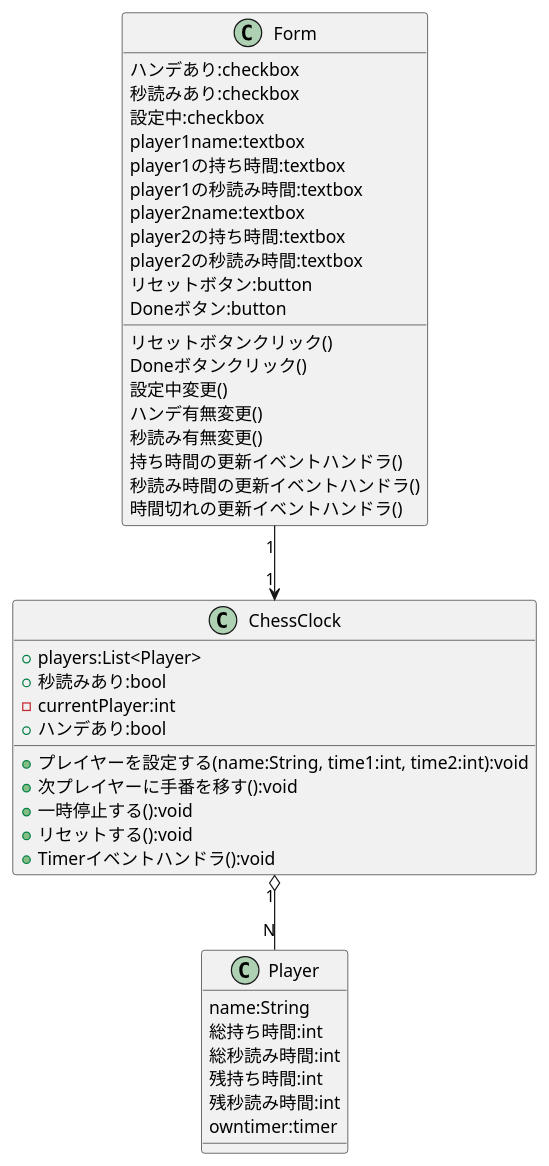
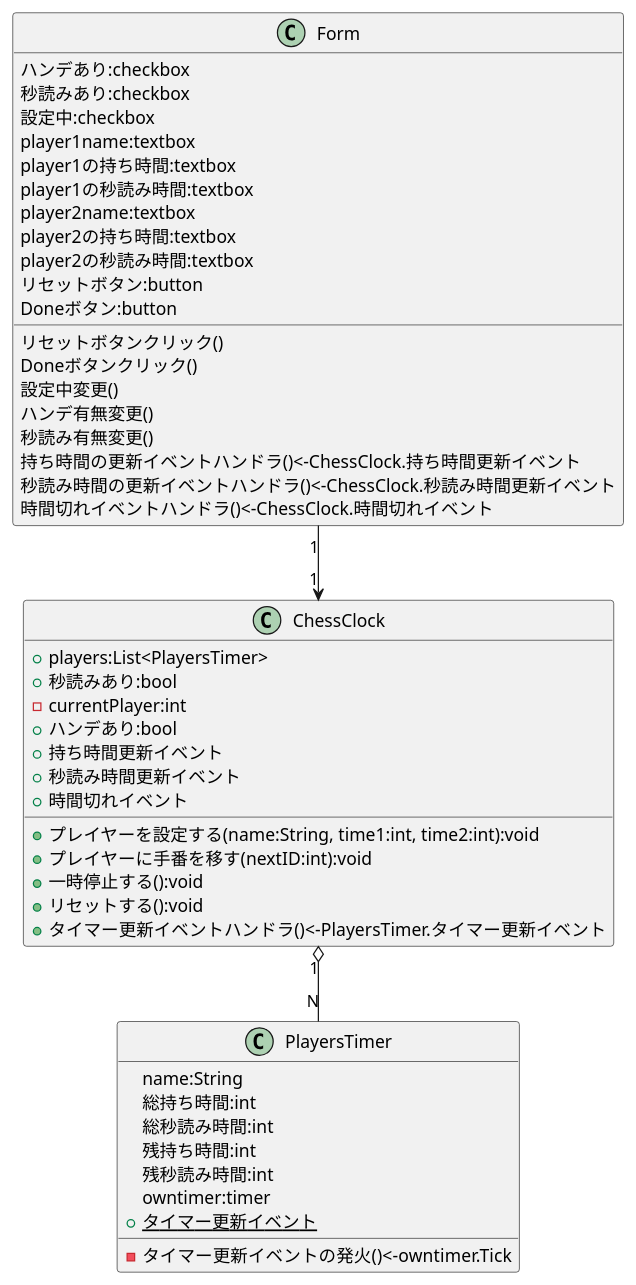
Before and after one commit to hiratashinnya/ChessClock: the diagram in docs/07_Class.md, drawn with PlantUML.

Commit message:
クラス図の修正
・クラス名変更
　Player→PlayersTimer

・イベント/イベントハンドラの変更/追加

・メソッド修正
　手番変更メソッドの引数に次プレイヤーIDを追加

````diff
--- a/docs/07_Class.md
+++ b/docs/07_Class.md
@@ -10,51 +10,57 @@
 ```plantuml
 @startuml
 skinparam groupInheritance 3
 
 class Form{
   ハンデあり:checkbox
   秒読みあり:checkbox
   設定中:checkbox
   player1name:textbox
   player1の持ち時間:textbox
   player1の秒読み時間:textbox
   player2name:textbox
   player2の持ち時間:textbox
   player2の秒読み時間:textbox
   リセットボタン:button
   Doneボタン:button
   リセットボタンクリック()
   Doneボタンクリック()
   設定中変更()
   ハンデ有無変更()
   秒読み有無変更()
-  持ち時間の更新イベントハンドラ()
-  秒読み時間の更新イベントハンドラ()
-  時間切れの更新イベントハンドラ()
+  持ち時間の更新イベントハンドラ()<-ChessClock.持ち時間更新イベント
+  秒読み時間の更新イベントハンドラ()<-ChessClock.秒読み時間更新イベント
+  時間切れイベントハンドラ()<-ChessClock.時間切れイベント
 }
 
 class ChessClock{
-  +players:List<Player>
+  +players:List<PlayersTimer>
   +秒読みあり:bool
   -currentPlayer:int
   +ハンデあり:bool
+  +持ち時間更新イベント
+  +秒読み時間更新イベント
+  +時間切れイベント
+  
   +プレイヤーを設定する(name:String, time1:int, time2:int):void
-  +次プレイヤーに手番を移す():void
+  +プレイヤーに手番を移す(nextID:int):void
   +一時停止する():void
   +リセットする():void
-  +Timerイベントハンドラ():void
+  +タイマー更新イベントハンドラ()<-PlayersTimer.タイマー更新イベント
 }
 
-class Player{
+class PlayersTimer{
   name:String
   総持ち時間:int
   総秒読み時間:int
   残持ち時間:int
   残秒読み時間:int
   owntimer:timer
+  +{static}タイマー更新イベント
+  -タイマー更新イベントの発火()<-owntimer.Tick
 }
 
 Form "1" --> "1" ChessClock
-ChessClock "1" o-- "N" Player
+ChessClock "1" o-- "N" PlayersTimer
 @enduml
 ```
````
